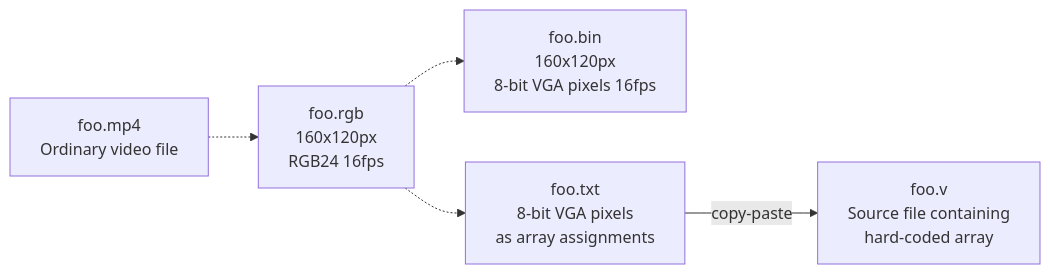
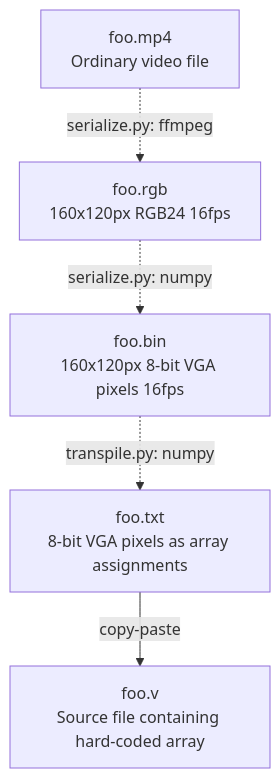
The diagram in README.md (vinlin24/csm152a-lab4), drawn with Mermaid before and after one commit. The commit also changed other lines of this file, not shown here.

Commit message:
Reformat Mermaid flowchart in README.md

````diff
--- a/README.md
+++ b/README.md
@@ -41,12 +41,12 @@
 ```mermaid
-flowchart LR;
+flowchart TD;
   mp4[foo.mp4\nOrdinary video file];
-  rgb[foo.rgb\n160x120px\nRGB24 16fps];
-  bin[foo.bin\n160x120px\n8-bit VGA pixels 16fps];
-  txt[foo.txt\n8-bit VGA pixels\nas array assignments];
-  v[foo.v\nSource file containing\nhard-coded array];
-  mp4-.->rgb;
-  rgb-.->bin;
-  rgb-.->txt;
+  rgb[foo.rgb\n160x120px RGB24 16fps];
+  bin[foo.bin\n160x120px 8-bit VGA pixels 16fps];
+  txt[foo.txt\n8-bit VGA pixels as array assignments];
+  v[foo.v\nSource file containing hard-coded array];
+  mp4-.-> |serialize.py: ffmpeg| rgb;
+  rgb-.-> |serialize.py: numpy| bin;
+  bin-.-> |transpile.py: numpy| txt;
   txt--> |copy-paste| v;
 ```
````
